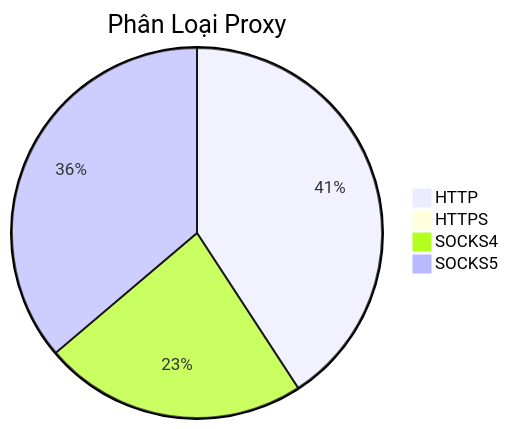
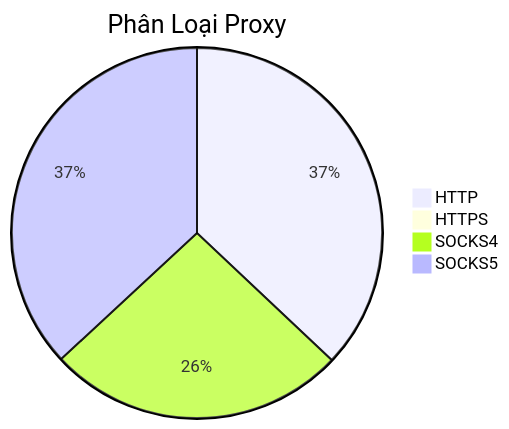
One commit to Ciara-12/PROXY-free changed the diagram in README.md. Above: the diagram before and after it, drawn with Mermaid. The commit also changed other lines of this file and 4 other files, not shown here.

````diff
--- a/README.md
+++ b/README.md
@@ -26,7 +26,7 @@
 ```mermaid
 pie title Phân Loại Proxy
-    "HTTP" : 399
-    "HTTPS" : 4
-    "SOCKS4" : 225
-    "SOCKS5" : 354
+    "HTTP" : 287
+    "HTTPS" : 3
+    "SOCKS4" : 202
+    "SOCKS5" : 286
 ```
````
